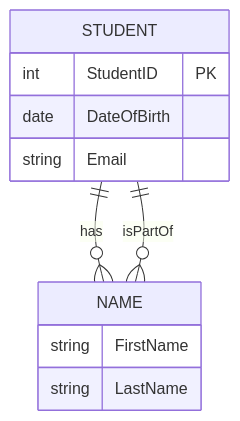
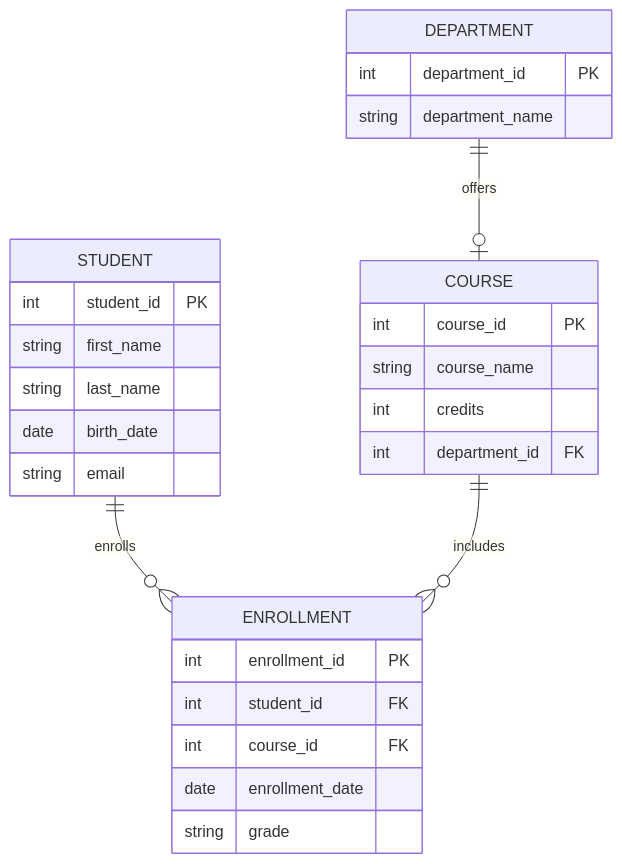
Before and after one commit to P7XCKD/NF: the diagram in Notes Factory/Semister 3/Rough Work/sample.md, drawn with Mermaid.

Commit message:
create/update 'sample.md' file

````diff
--- a/Notes Factory/Semister 3/Rough Work/sample.md
+++ b/Notes Factory/Semister 3/Rough Work/sample.md
@@ -1,17 +1,35 @@
 ```mermaid
 erDiagram
     STUDENT {
-        int StudentID PK
-        date DateOfBirth
-        string Email
+        int student_id PK
+        string first_name
+        string last_name
+        date birth_date
+        string email
     }
     
-    STUDENT ||--o{ NAME : has
-    
-    NAME {
-        string FirstName
-        string LastName
+    COURSE {
+        int course_id PK
+        string course_name
+        int credits
+        int department_id FK
     }
     
-    NAME }o--|| STUDENT : isPartOf
+    DEPARTMENT {
+        int department_id PK
+        string department_name
+    }
+    
+    ENROLLMENT {
+        int enrollment_id PK
+        int student_id FK
+        int course_id FK
+        date enrollment_date
+        string grade
+    }
+    
+    STUDENT ||--o{ ENROLLMENT : enrolls
+    COURSE ||--o{ ENROLLMENT : includes
+    DEPARTMENT ||--o| COURSE : offers
+
 ```
````
